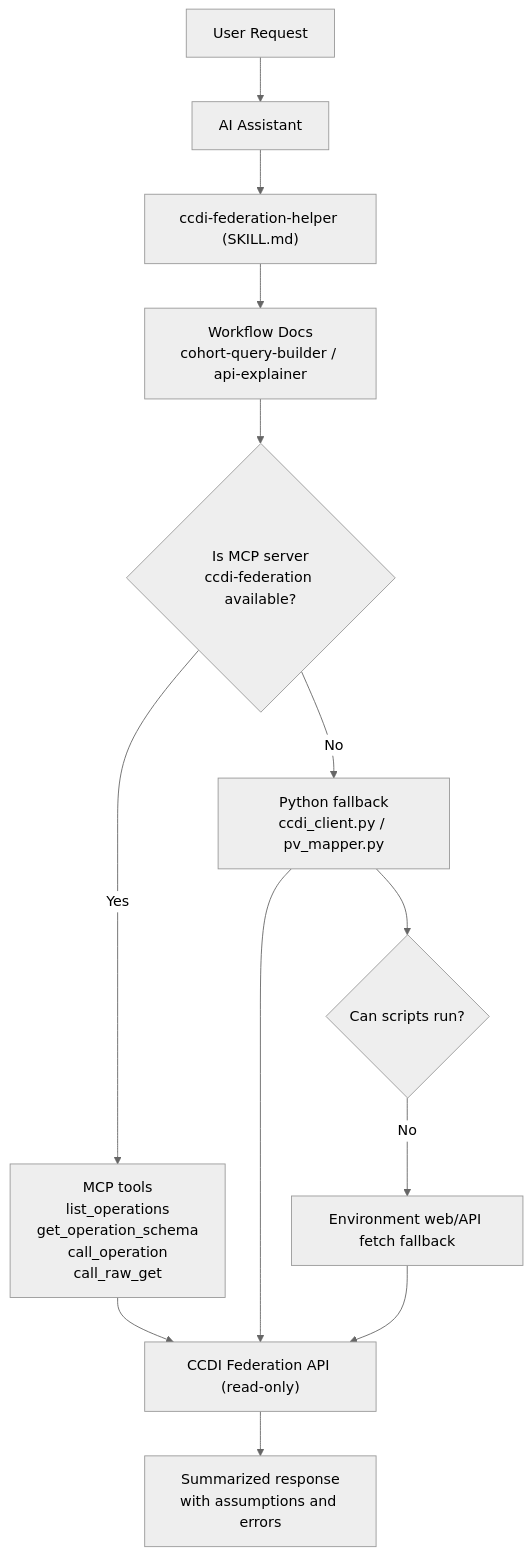
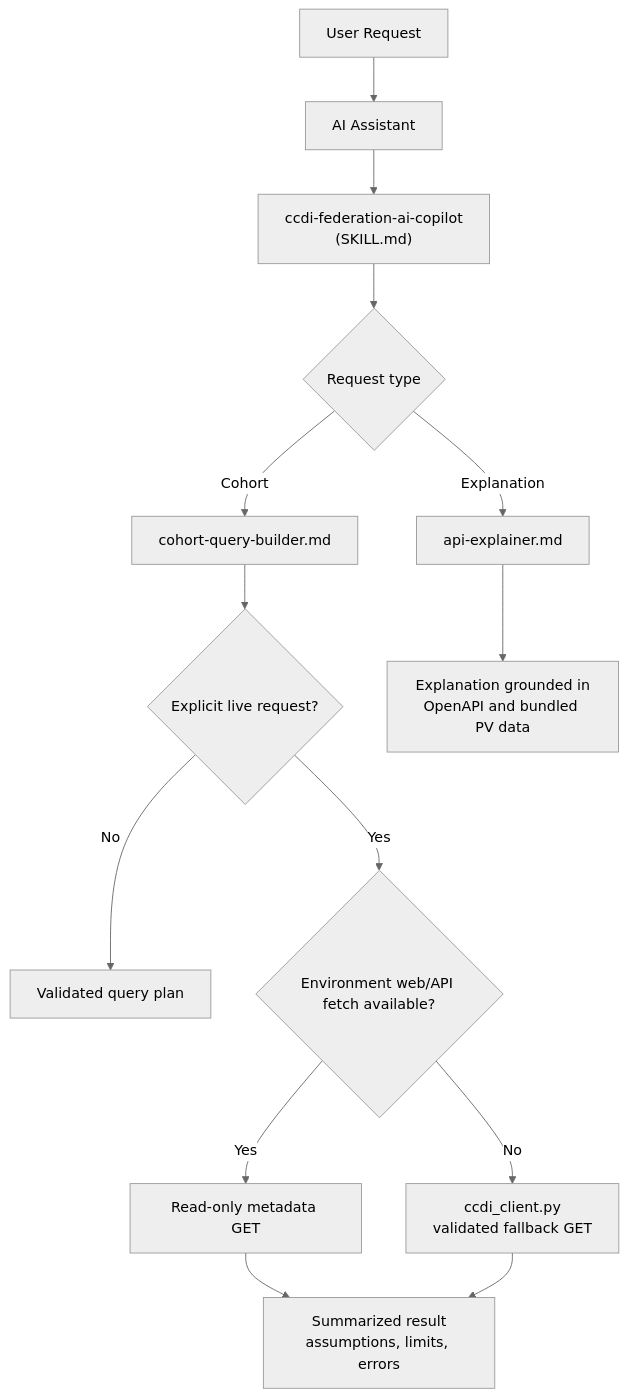
Before and after one commit to CBIIT/ccdi-federation-ai: the diagram in docs/agentskill-design.md, drawn with Mermaid (neutral theme). The commit also changed other lines of this file, not shown here.

````diff
--- a/docs/agentskill-design.md
+++ b/docs/agentskill-design.md
@@ -68,20 +55,16 @@
 ```mermaid
 graph TD
     A["User Request"] --> B["AI Assistant"]
-    B --> C["ccdi-federation-helper (SKILL.md)"]
-    C --> D["Workflow Docs\ncohort-query-builder / api-explainer"]
-
-    D --> E{"Is MCP server\nccdi-federation available?"}
-
-    E -->|Yes| F["MCP tools\nlist_operations\nget_operation_schema\ncall_operation\ncall_raw_get"]
-    E -->|No| G["Python fallback\nccdi_client.py / pv_mapper.py"]
-
-    G --> H{"Can scripts run?"}
-    H -->|No| I["Environment web/API fetch fallback"]
-
-    F --> J["CCDI Federation API (read-only)"]
-    G --> J
-    I --> J
-
-    J --> K["Summarized response\nwith assumptions and errors"]
+    B --> C["ccdi-federation-ai-copilot\n(SKILL.md)"]
+    C --> D{"Request type"}
+    D -->|Cohort| E["cohort-query-builder.md"]
+    D -->|Explanation| F["api-explainer.md"]
+    E --> G{"Explicit live request?"}
+    G -->|No| H["Validated query plan"]
+    G -->|Yes| I{"Environment web/API fetch available?"}
+    I -->|Yes| J["Read-only metadata GET"]
+    I -->|No| K["ccdi_client.py\nvalidated fallback GET"]
+    J --> L["Summarized result\nassumptions, limits, errors"]
+    K --> L
+    F --> M["Explanation grounded in\nOpenAPI and bundled PV data"]
 ```
````
